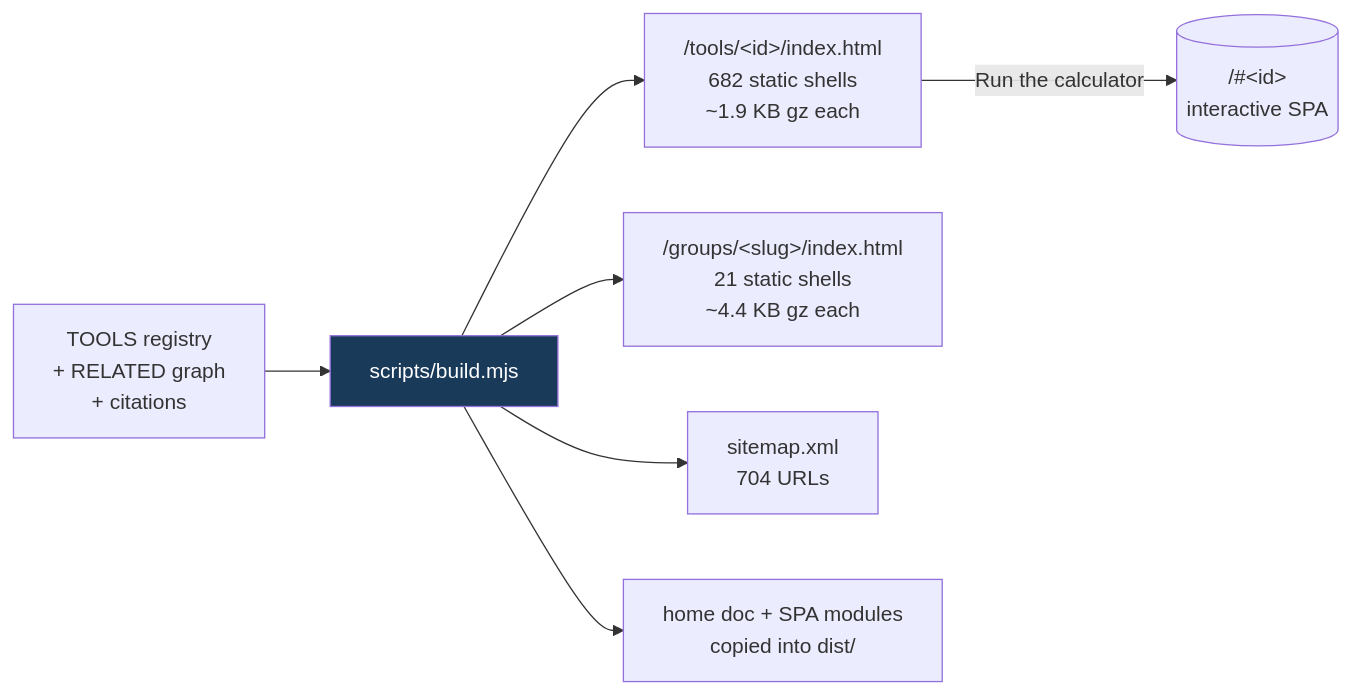
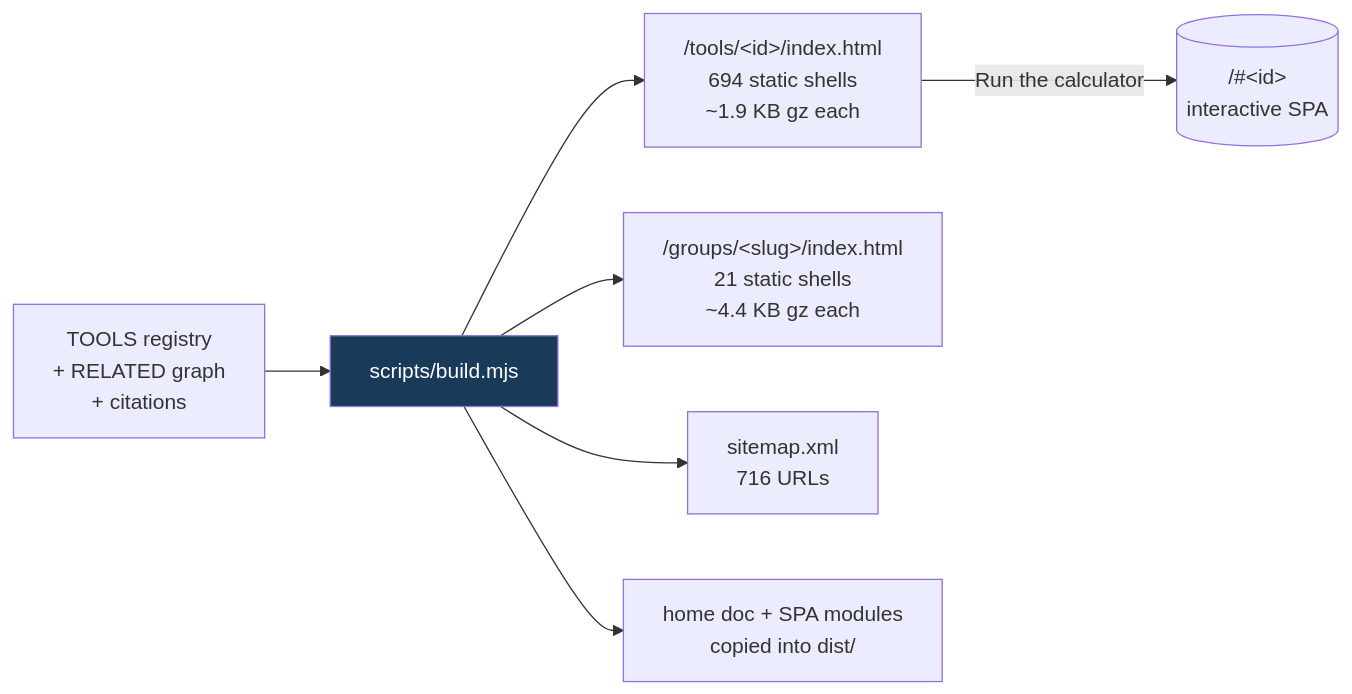
One commit to clay-good/roughlogic.com changed the fifth of 8 diagrams in README.md. Above: the diagram before and after it, drawn with Mermaid. The commit also changed other lines of this file and 31 other files, not shown here.

````diff
--- a/README.md
+++ b/README.md
@@ -495,10 +495,10 @@
 ```mermaid
 flowchart LR
     SRC[TOOLS registry\n+ RELATED graph\n+ citations] --> BUILD[scripts/build.mjs]
-    BUILD --> TILE["/tools/&lt;id&gt;/index.html\n682 static shells\n~1.9 KB gz each"]
+    BUILD --> TILE["/tools/&lt;id&gt;/index.html\n694 static shells\n~1.9 KB gz each"]
     BUILD --> GROUP["/groups/&lt;slug&gt;/index.html\n21 static shells\n~4.4 KB gz each"]
-    BUILD --> MAP["sitemap.xml\n704 URLs"]
+    BUILD --> MAP["sitemap.xml\n716 URLs"]
     BUILD --> COPY[home doc + SPA modules\ncopied into dist/]
     TILE -->|Run the calculator| SPA[("/#&lt;id&gt;\ninteractive SPA")]
     style BUILD fill:#1a3a5a,color:#fff
 ```
````
